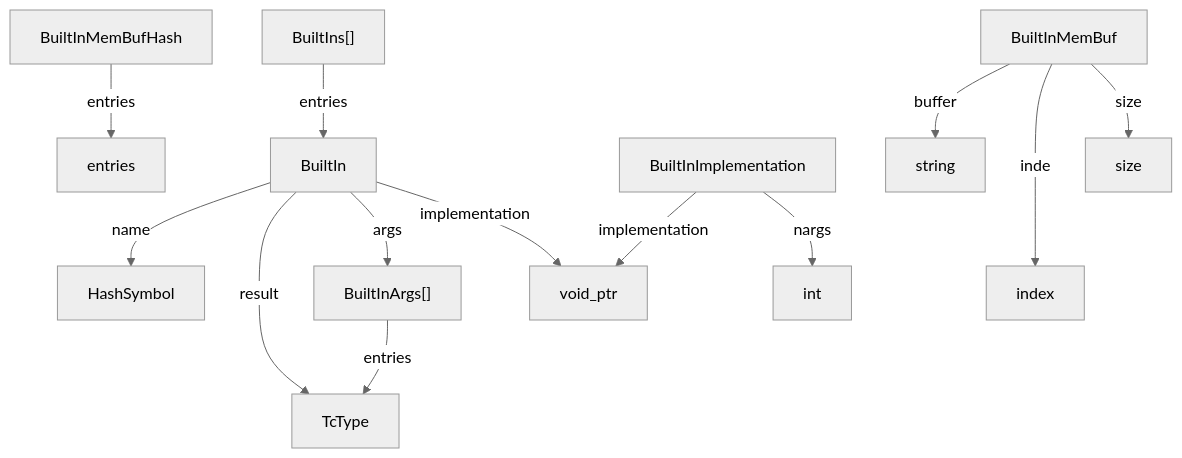
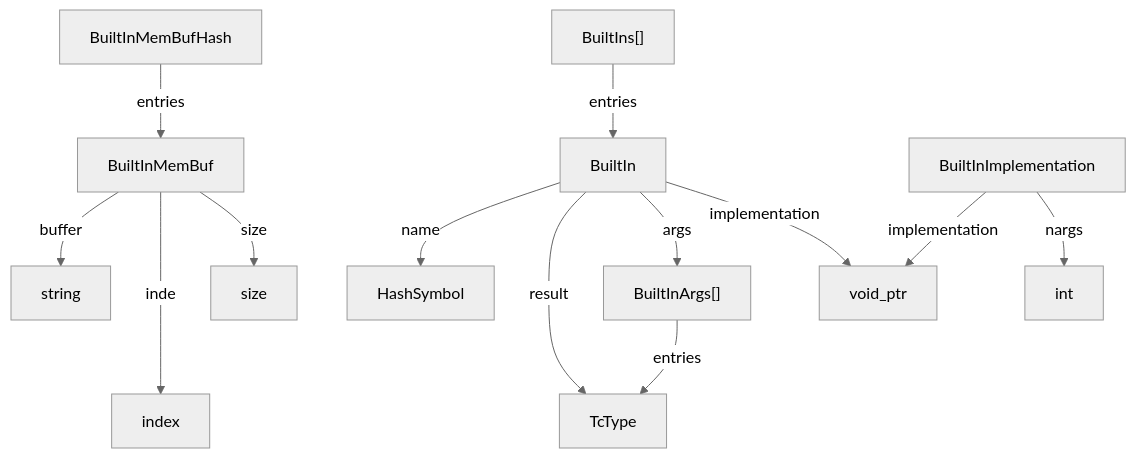
One commit to billhails/CEKF changed the diagram in docs/generated/builtins.md. Above: the diagram before and after it, drawn with Mermaid (neutral theme). The commit also changed 9 other files, not shown here.

````diff
--- a/docs/generated/builtins.md
+++ b/docs/generated/builtins.md
@@ -5,15 +5,15 @@
 ```mermaid
 flowchart TD
-BuiltInMemBufHash --entries--> entries
+BuiltInMemBufHash --entries--> BuiltInMemBuf
 BuiltIn --name--> HashSymbol
 BuiltIn --result--> TcType
 BuiltIn --args--> BuiltInArgs
 BuiltIn --implementation--> void_ptr
 BuiltInImplementation --implementation--> void_ptr
 BuiltInImplementation --nargs--> int
 BuiltInMemBuf --buffer--> string
 BuiltInMemBuf --index--> index
 BuiltInMemBuf --size--> size
 BuiltInArgs["BuiltInArgs[]"] --entries--> TcType
 BuiltIns["BuiltIns[]"] --entries--> BuiltIn
 ```
````
